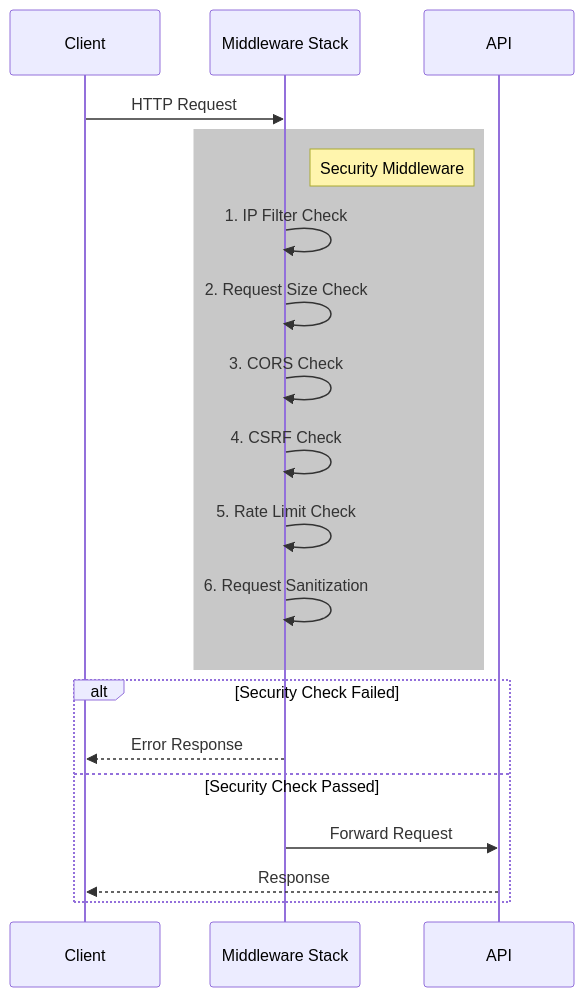
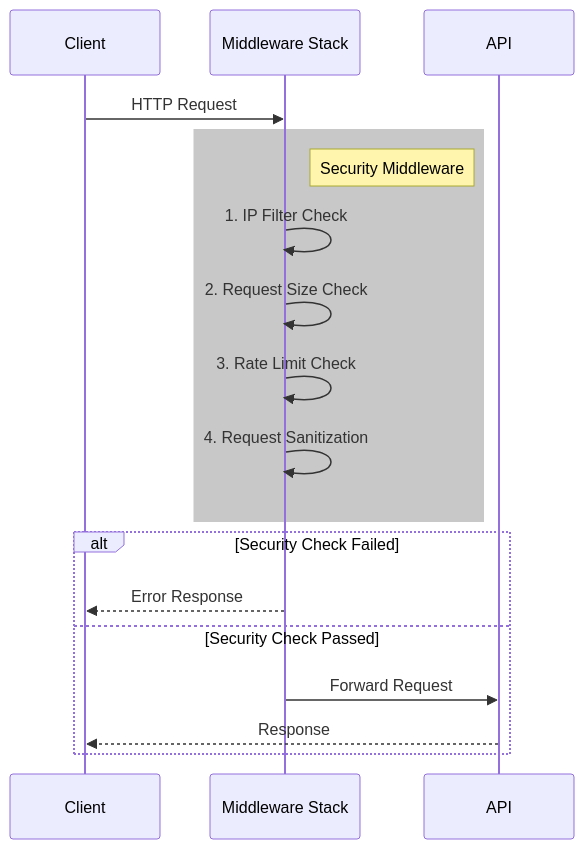
Before and after one commit to it-at-m/eappointment: the seventh of 11 diagrams in zmscitizenapi/README.md, drawn with Mermaid. The commit also changed other lines of this file and 15 other files, not shown here.

````diff
--- a/zmscitizenapi/README.md
+++ b/zmscitizenapi/README.md
@@ -543,25 +518,23 @@
 ```mermaid
 sequenceDiagram
     participant C as Client
     participant M as Middleware Stack
     participant A as API
     
     C->>M: HTTP Request
     
     rect rgb(200, 200, 200)
         note right of M: Security Middleware
         M->>M: 1. IP Filter Check
         M->>M: 2. Request Size Check
-        M->>M: 3. CORS Check
-        M->>M: 4. CSRF Check
-        M->>M: 5. Rate Limit Check
-        M->>M: 6. Request Sanitization
+        M->>M: 3. Rate Limit Check
+        M->>M: 4. Request Sanitization
     end
     
     alt Security Check Failed
         M-->>C: Error Response
     else Security Check Passed
         M->>A: Forward Request
         A-->>C: Response
     end
 ```
````
